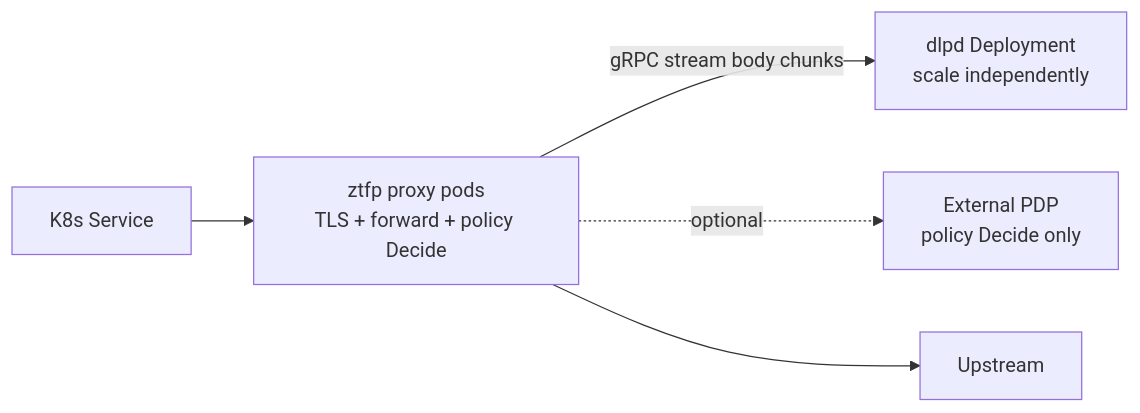
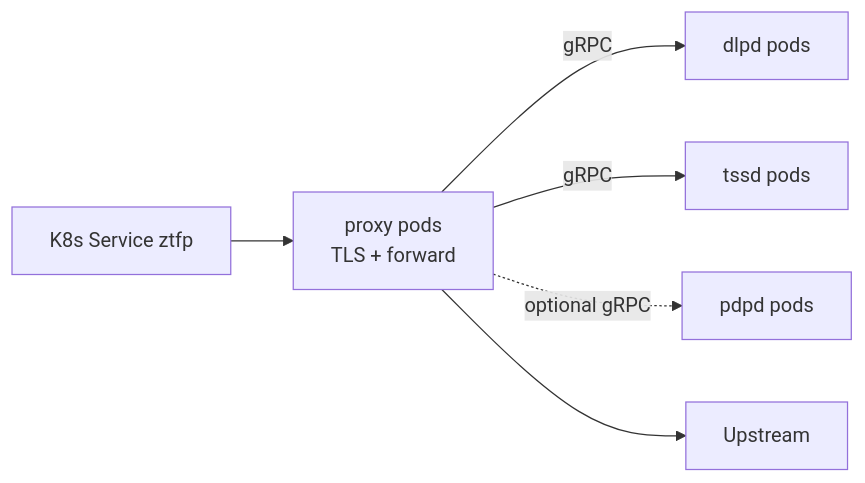
Before and after one commit to code-with-amitk/ZeroTrustForwardProxy: the fourth of 4 diagrams in Documentation/architecture.md, drawn with Mermaid. The commit also changed other lines of this file and 4 other files, not shown here.

````diff
--- a/Documentation/architecture.md
+++ b/Documentation/architecture.md
@@ -205,7 +360,8 @@
 ```mermaid
 flowchart LR
-    K8sLB[K8s Service] --> PP[ztfp proxy pods<br/>TLS + forward + policy Decide]
-    PP -->|gRPC stream body chunks| DLPd[dlpd Deployment<br/>scale independently]
-    PP -.->|optional| PDP[External PDP<br/>policy Decide only]
+    K8sLB[K8s Service ztfp] --> PP[proxy pods<br/>TLS + forward]
+    PP -->|gRPC| DLPd[dlpd pods]
+    PP -->|gRPC| TSSd[tssd pods]
+    PP -.->|optional gRPC| PDP[pdpd pods]
     PP --> Internet[Upstream]
 ```
````
